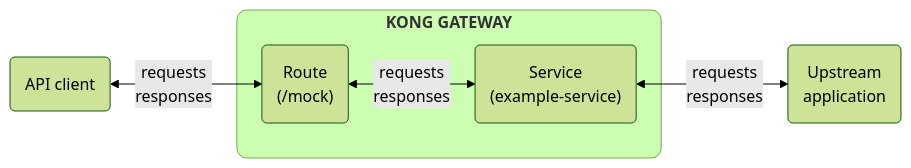
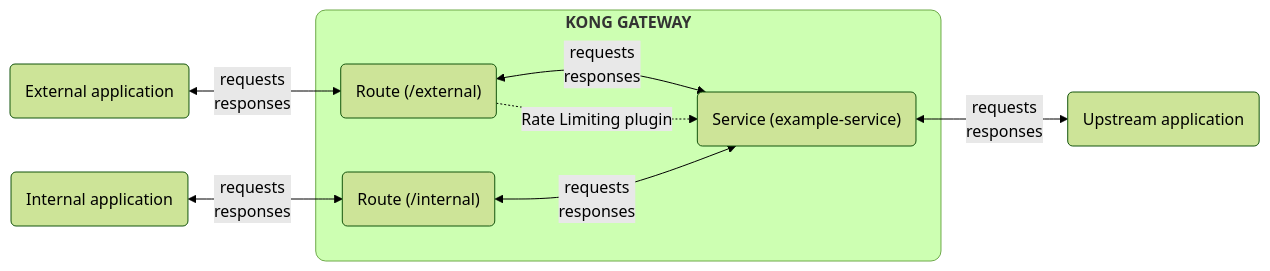
Before and after one commit to Kong/developer.konghq.com: the diagram in app/_gateway_entities/route.md, drawn with Mermaid (forest theme). The commit also changed other lines of this file and 1 other file, not shown here.

```diff
--- a/app/_gateway_entities/route.md
+++ b/app/_gateway_entities/route.md
@@ -55,23 +46,30 @@
 {% mermaid %}
 flowchart LR
-  A(API client)
-  B("`Route 
-  (/mock)`")
-  C("`Service
-  (example-service)`")
-  D(Upstream 
-  application)
+  A(External application)
+  B("`Route (/external)`")
+  C("`Service (example-service)`")
+  D(Upstream application)
+  E(Internal application)
+  F("`Route (/internal)`")
   
-  A <--requests
-  responses--> B
   subgraph id1 ["`
   **KONG GATEWAY**`"]
     B <--requests
-    responses--> C
+  responses--> C
+    F <--requests
+  responses--> C
   end
+
+  A <--requests
+  responses--> B
+  E <--requests
+  responses--> F
+
   C <--requests
   responses--> D
 
+  B -.->|Rate Limiting plugin| C
+
   style id1 rx:10,ry:10
-  
+
 {% endmermaid %}
```
